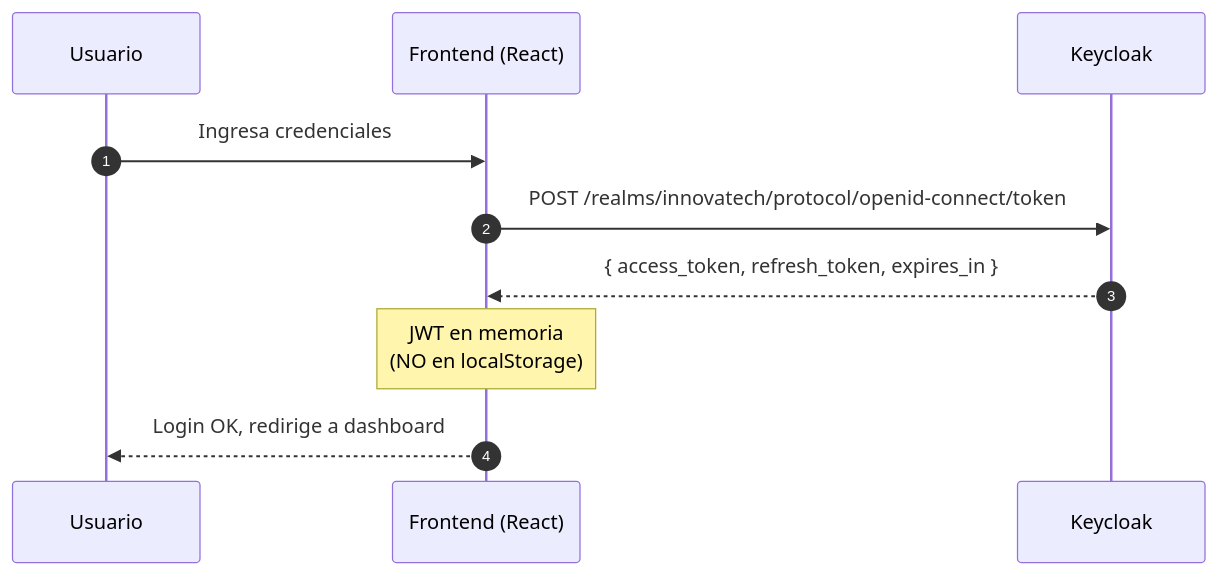
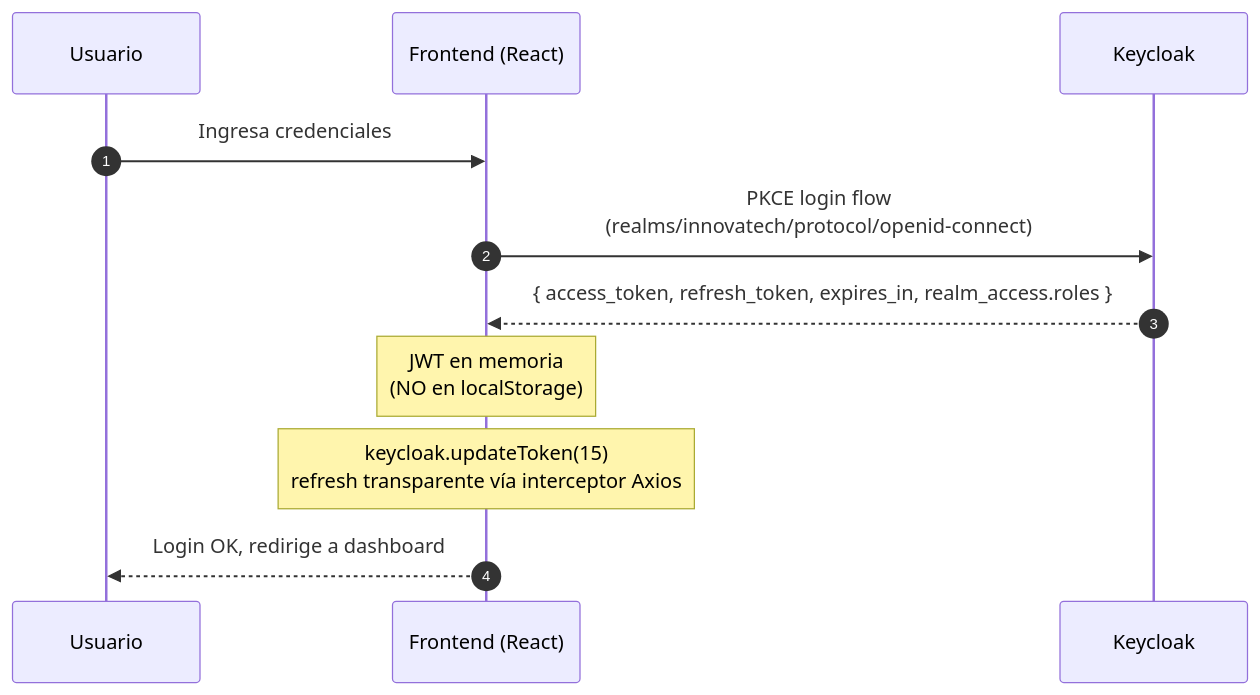
The second of 7 diagrams in README.md (najescobar-ui/innovatechSolutionNEEP_FS), drawn with Mermaid before and after one commit. The commit also changed other lines of this file, not shown here.

````diff
--- a/README.md
+++ b/README.md
@@ -162,13 +165,14 @@
 ```mermaid
 sequenceDiagram
     autonumber
     participant U as Usuario
     participant FE as Frontend (React)
     participant KC as Keycloak
 
     U->>FE: Ingresa credenciales
-    FE->>KC: POST /realms/innovatech/protocol/openid-connect/token
-    KC-->>FE: { access_token, refresh_token, expires_in }
+    FE->>KC: PKCE login flow<br/>(realms/innovatech/protocol/openid-connect)
+    KC-->>FE: { access_token, refresh_token, expires_in, realm_access.roles }
     Note over FE: JWT en memoria<br/>(NO en localStorage)
+    Note over FE: keycloak.updateToken(15)<br/>refresh transparente vía interceptor Axios
     FE-->>U: Login OK, redirige a dashboard
 ```
````
